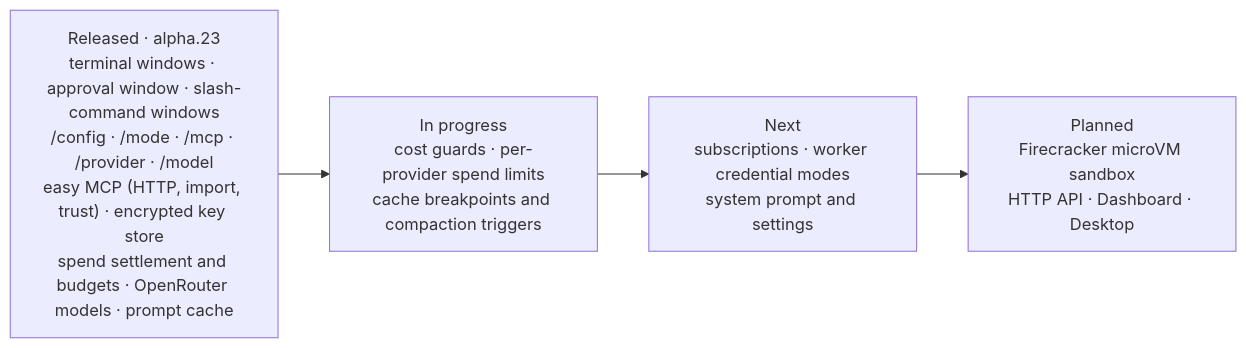
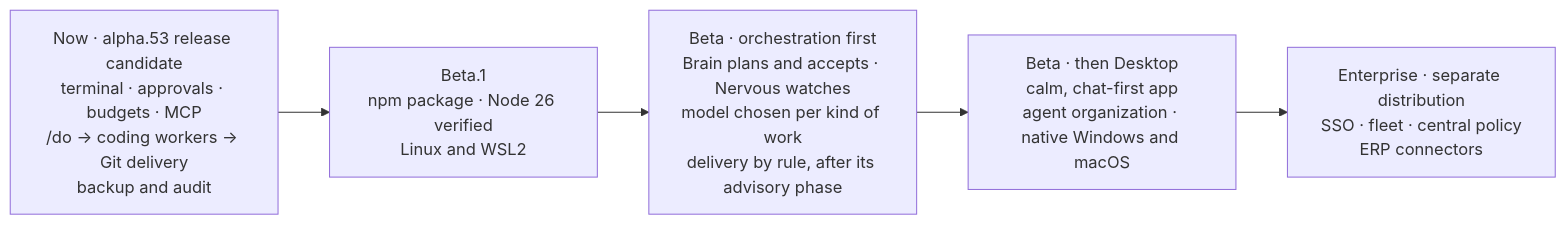
Before and after one commit to Verhex/deckent-next: the sixth of 6 diagrams in README.md, drawn with Mermaid. The commit also changed other lines of this file and 3 other files, not shown here.

````diff
--- a/README.md
+++ b/README.md
@@ -519,6 +494,7 @@
 ```mermaid
 flowchart LR
-  L["Released · alpha.23<br/>terminal windows · approval window · slash-command windows<br/>/config · /mode · /mcp · /provider · /model<br/>easy MCP (HTTP, import, trust) · encrypted key store<br/>spend settlement and budgets · OpenRouter models · prompt cache"] --> P["In progress<br/>cost guards · per-provider spend limits<br/>cache breakpoints and compaction triggers"]
-  P --> N["Next<br/>subscriptions · worker credential modes<br/>system prompt and settings"]
-  N --> F["Planned<br/>Firecracker microVM sandbox<br/>HTTP API · Dashboard · Desktop"]
+  N["Now · alpha.53 release candidate<br/>terminal · approvals · budgets · MCP<br/>/do → coding workers → Git delivery<br/>backup and audit"] --> B1["Beta.1<br/>npm package · Node 26 verified<br/>Linux and WSL2"]
+  B1 --> O["Beta · orchestration first<br/>Brain plans and accepts · Nervous watches<br/>model chosen per kind of work<br/>delivery by rule, after its advisory phase"]
+  O --> D["Beta · then Desktop<br/>calm, chat-first app<br/>agent organization · native Windows and macOS"]
+  D --> E["Enterprise · separate distribution<br/>SSO · fleet · central policy<br/>ERP connectors"]
 ```
````
